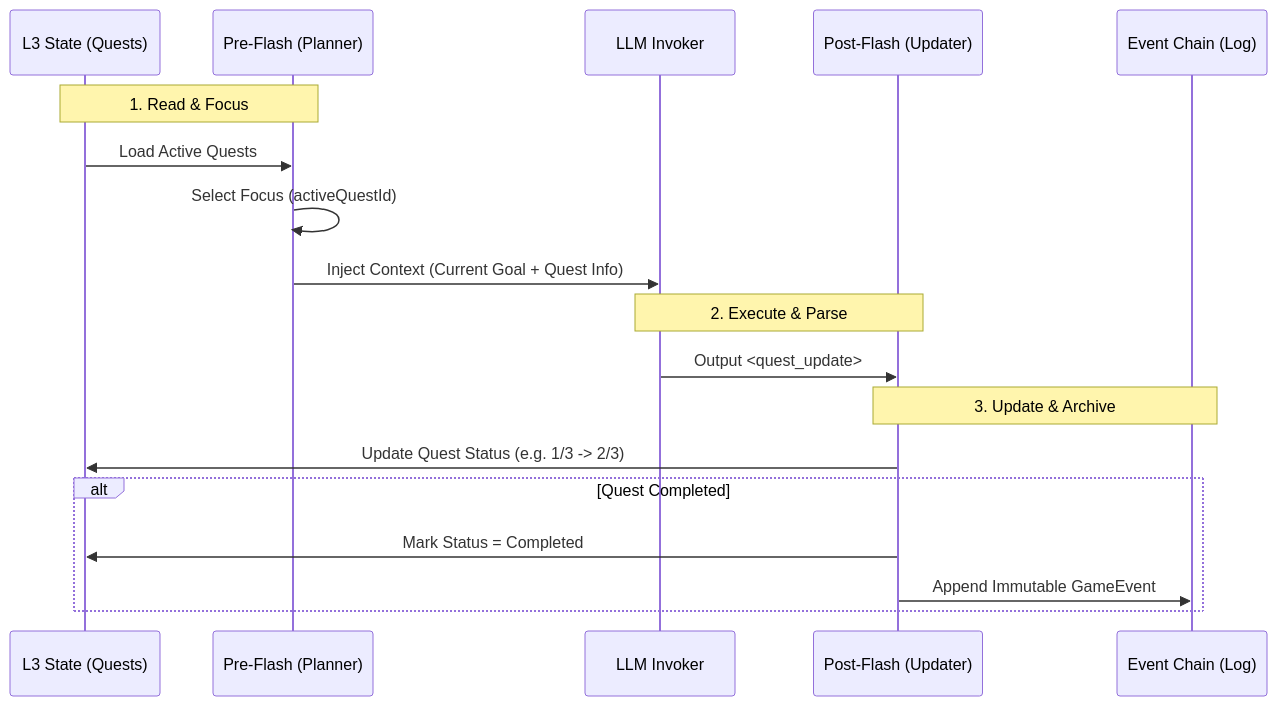
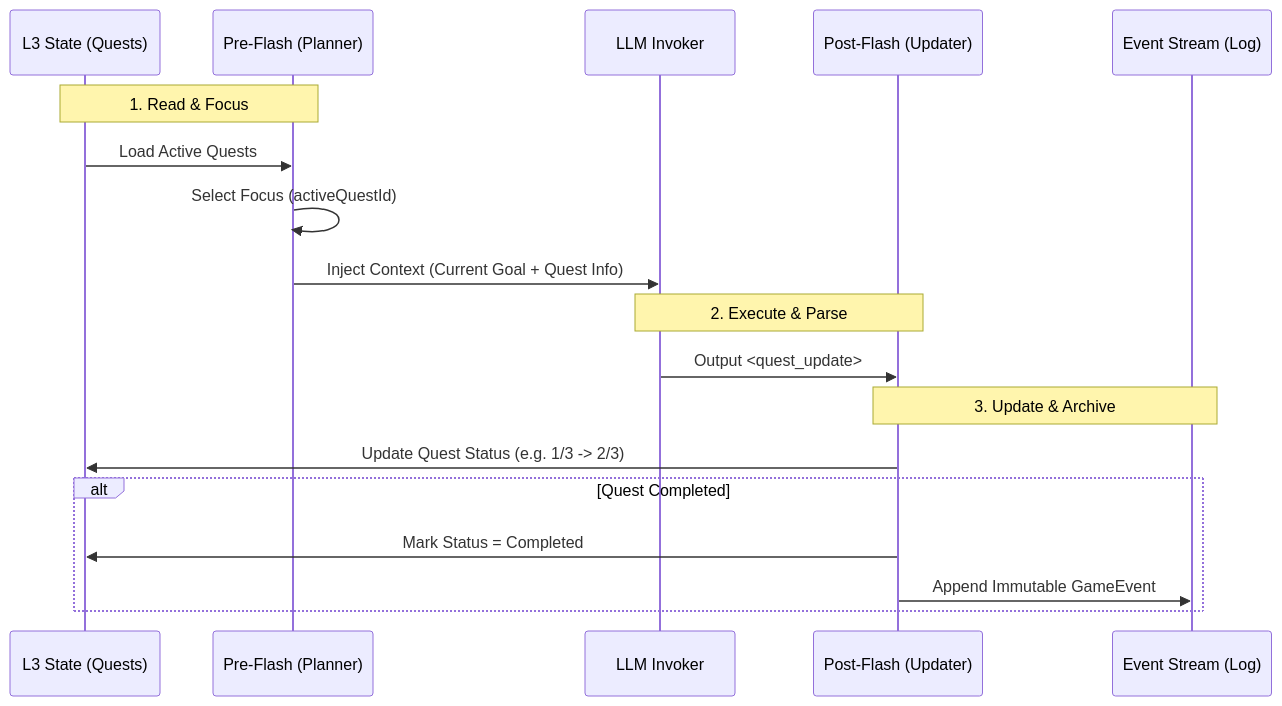
The second of 2 diagrams in 00_active_specs/mnemosyne/README.md (Abgetrennter/Clotho-Design), drawn with Mermaid before and after one commit. The commit also changed other lines of this file and 11 other files, not shown here.

Commit message:
feat(mnemosyne): 引入上下文数据流架构与 State Schema v2.0

````diff
--- a/00_active_specs/mnemosyne/README.md
+++ b/00_active_specs/mnemosyne/README.md
@@ -379,24 +410,24 @@
 ```mermaid
 sequenceDiagram
     participant State as L3 State (Quests)
     participant Planner as Pre-Flash (Planner)
     participant LLM as LLM Invoker
     participant Updater as Post-Flash (Updater)
-    participant Log as Event Chain (Log)
+    participant Log as Event Stream (Log)
 
     Note over Planner, State: 1. Read & Focus
     State->>Planner: Load Active Quests
     Planner->>Planner: Select Focus (activeQuestId)
     Planner->>LLM: Inject Context (Current Goal + Quest Info)
 
     Note over LLM, Updater: 2. Execute & Parse
     LLM->>Updater: Output <quest_update>
 
     Note over Updater, Log: 3. Update & Archive
     Updater->>State: Update Quest Status (e.g. 1/3 -> 2/3)
     
     alt Quest Completed
         Updater->>State: Mark Status = Completed
         Updater->>Log: Append Immutable GameEvent
     end
 ```
````
